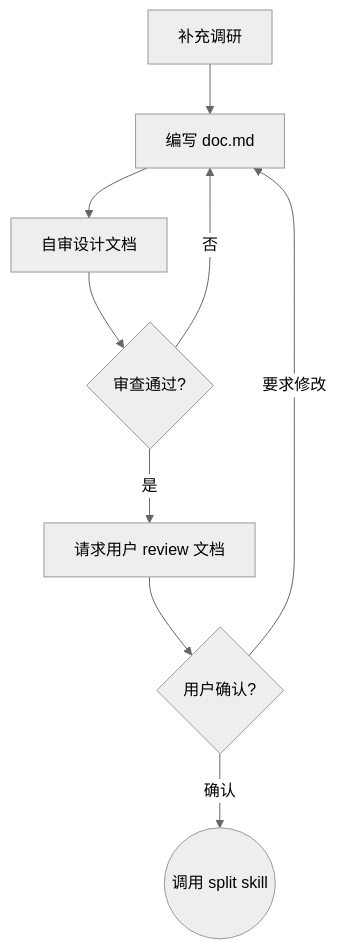
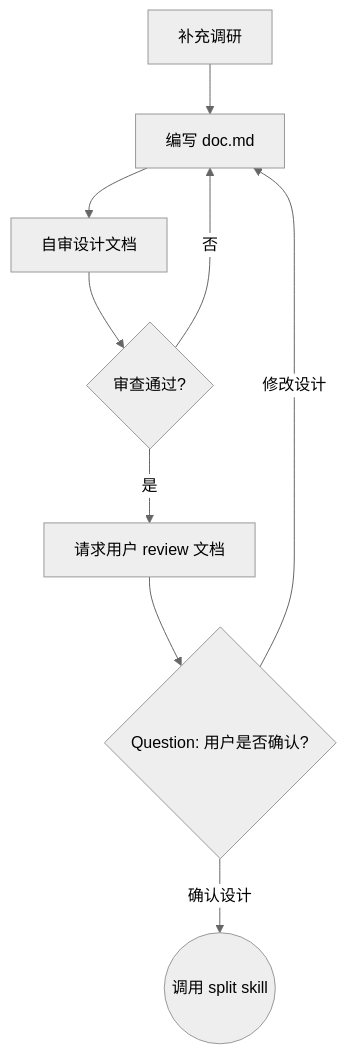
The diagram in skills/design/SKILL.md (BaiduComate/mission-flow), drawn with Mermaid (neutral theme) before and after one commit. The commit also changed other lines of this file and 2 other files, not shown here.

````diff
--- a/skills/design/SKILL.md
+++ b/skills/design/SKILL.md
@@ -75,11 +78,11 @@
 ```mermaid
 flowchart TD
     A[补充调研] --> B[编写 doc.md]
     B --> C[自审设计文档]
     C --> D{审查通过?}
     D -->|否| B
     D -->|是| E[请求用户 review 文档]
-    E --> F{用户确认?}
-    F -->|要求修改| B
-    F -->|确认| G((调用 split skill))
+    E --> F{Question: 用户是否确认?}
+    F -->|修改设计| B
+    F -->|确认设计| G((调用 split skill))
 ```
````
